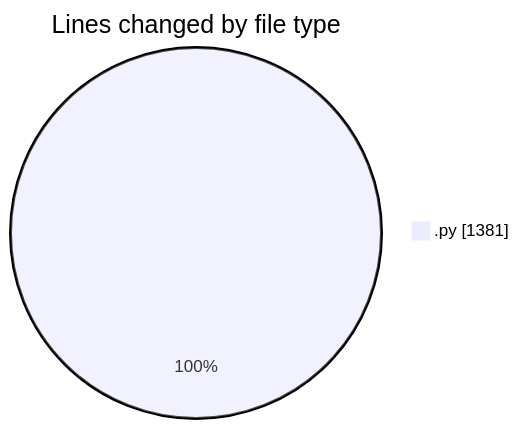
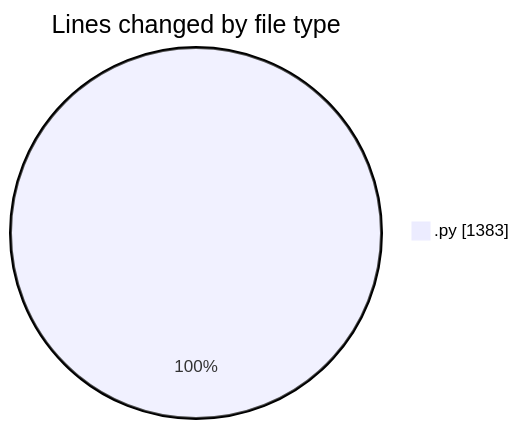
One commit to MatusMokan/code-tracking changed the first of 2 diagrams in 2025-04-18/myws__workspace_/README.md. Above: the diagram before and after it, drawn with Mermaid. The commit also changed other lines of this file and 1 other file, not shown here.

````diff
--- a/2025-04-18/myws__workspace_/README.md
+++ b/2025-04-18/myws__workspace_/README.md
@@ -20,5 +20,5 @@
 ```mermaid
 pie showData
 title Lines changed by file type
-".py" : 1381
+".py" : 1383
 ```
````
